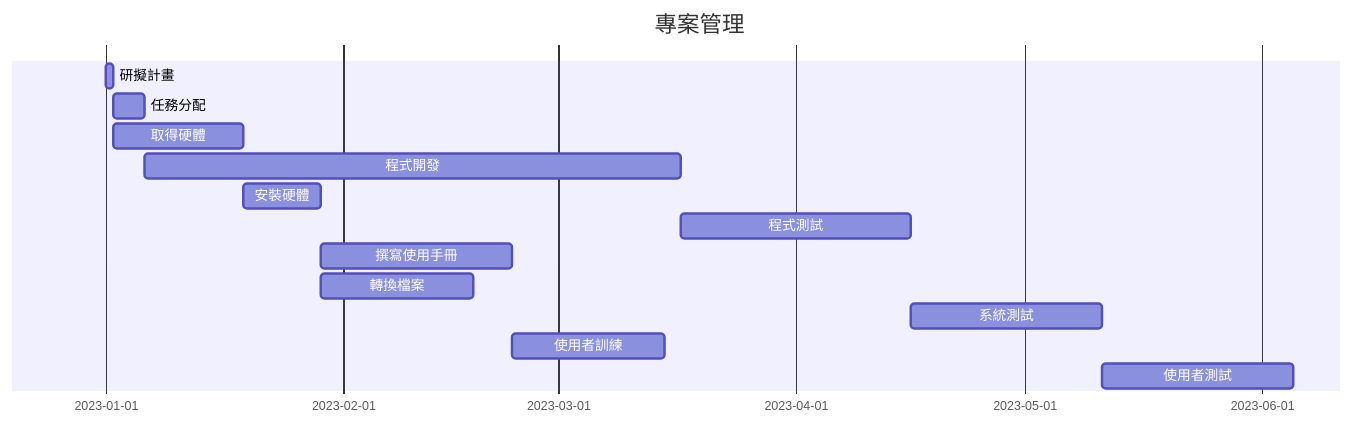
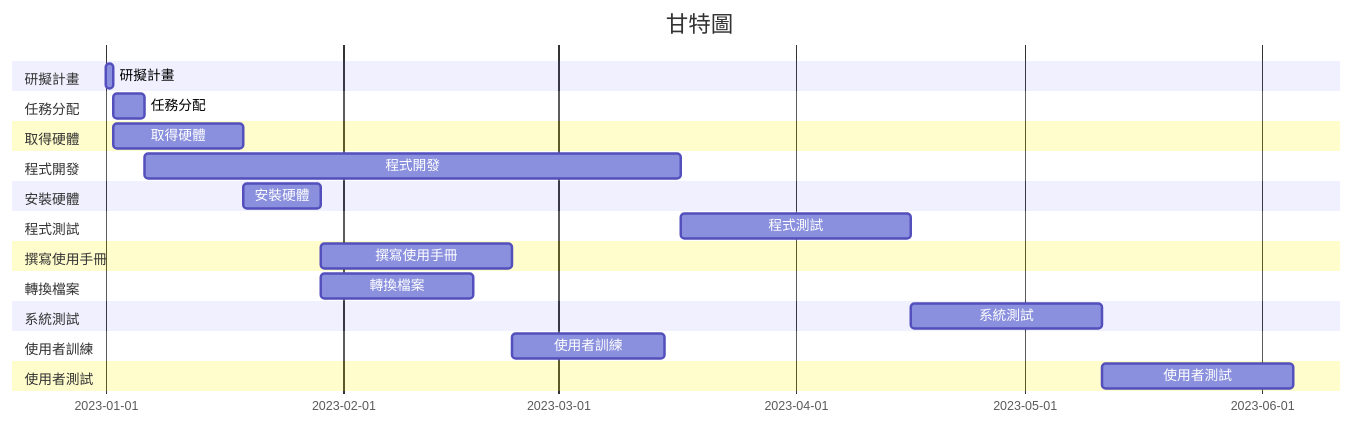
One commit to nihaodo/C110118217 changed the diagram in hw2.md. Above: the diagram before and after it, drawn with Mermaid. The commit also changed other lines of this file, not shown here.

````diff
--- a/hw2.md
+++ b/hw2.md
@@ -4,15 +5,28 @@
 ```mermaid
 gantt
-    title 專案管理
+    title 甘特圖
+
+    section 研擬計畫
     研擬計畫      :a1, 2023-01-01, 1d
-    任務分配      :a2, after a1, 4d
-    取得硬體      :a3, after a1, 17d
-    程式開發      :a4, after a2, 70d
-    安裝硬體      :a5, after a3, 10d
-    程式測試      :a6, after a4, 30d
-    撰寫使用手冊   :a7, after a5, 25d
-    轉換檔案      :a8, after a5, 20d
-    系統測試      :a9, after a6, 25d
-    使用者訓練    :a10, after a7 & a8, 20d
-    使用者測試    :a11, after a9 & a10, 25d
+    section 任務分配
+    任務分配      :a2,after a1  , 4d
+    section 取得硬體
+    取得硬體      :a3,after a1  , 17d
+    section 程式開發
+    程式開發      :a4,after a2  , 70d
+    section 安裝硬體
+    安裝硬體      :a5,after a3  , 10d
+    section 程式測試
+    程式測試      :a6,after a4  , 30d
+    section 撰寫使用手冊
+    撰寫使用手冊  :a7,after a5  , 25d
+    section 轉換檔案
+    轉換檔案      :a8,after a5  , 20d
+    section 系統測試
+    系統測試      :a9,after a6  , 25d
+    section 使用者訓練
+    使用者訓練    :a10,after a7 , 20d
+    section 使用者測試
+    使用者測試    :a11,after a9 , 25d
+
 ```
````
